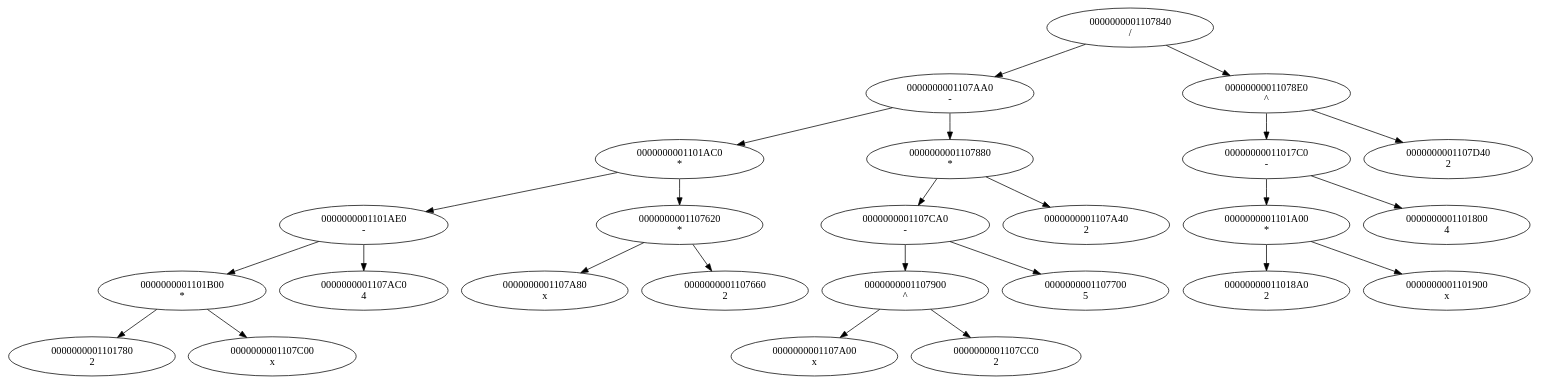
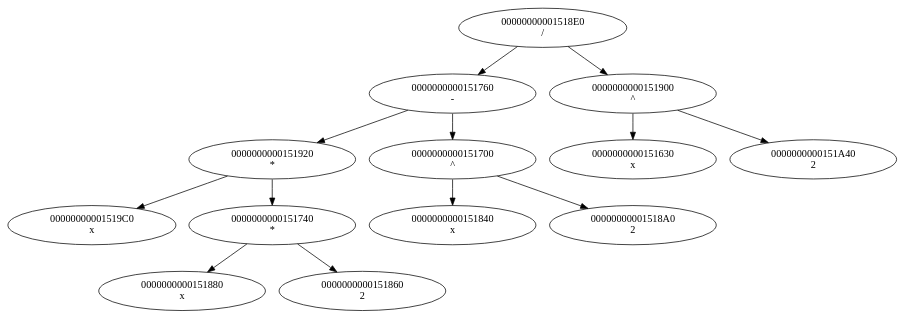
One commit to levasemin/Diff changed the diagram in database_files/simple_graph.dot. Above: the diagram before and after it, drawn with Graphviz. The commit also changed 22 other files, not shown here.

```diff
--- a/database_files/simple_graph.dot
+++ b/database_files/simple_graph.dot
@@ -1,100 +1,52 @@
 digraph G{
-"0000000001107840
-/"->"0000000001107AA0
+"00000000001518E0
+/"->"0000000000151760
 -";
-"0000000001107840
-/"->"00000000011078E0
+"00000000001518E0
+/"->"0000000000151900
 ^";
-"0000000001107AA0
--"->"0000000001101AC0
+"0000000000151760
+-"->"0000000000151920
 *";
-"0000000001107AA0
--"->"0000000001107880
+"0000000000151760
+-"->"0000000000151700
+^";
+"0000000000151920
+*"->"00000000001519C0
+x";
+"0000000000151920
+*"->"0000000000151740
 *";
-"0000000001101AC0
-*"->"0000000001101AE0
--";
-"0000000001101AC0
-*"->"0000000001107620
-*";
-"0000000001101AE0
--"->"0000000001101B00
-*";
-"0000000001101AE0
--"->"0000000001107AC0
-4";
-"0000000001101B00
-*"->"0000000001101780
+"00000000001519C0
+x";
+"0000000000151740
+*"->"0000000000151880
+x";
+"0000000000151740
+*"->"0000000000151860
 2";
-"0000000001101B00
-*"->"0000000001107C00
+"0000000000151880
 x";
-"0000000001101780
+"0000000000151860
 2";
-"0000000001107C00
+"0000000000151700
+^"->"0000000000151840
 x";
-"0000000001107AC0
-4";
-"0000000001107620
-*"->"0000000001107A80
+"0000000000151700
+^"->"00000000001518A0
+2";
+"0000000000151840
 x";
-"0000000001107620
-*"->"0000000001107660
+"00000000001518A0
 2";
-"0000000001107A80
+"0000000000151900
+^"->"0000000000151630
 x";
-"0000000001107660
+"0000000000151900
+^"->"0000000000151A40
 2";
-"0000000001107880
-*"->"0000000001107CA0
--";
-"0000000001107880
-*"->"0000000001107A40
-2";
-"0000000001107CA0
--"->"0000000001107900
-^";
-"0000000001107CA0
--"->"0000000001107700
-5";
-"0000000001107900
-^"->"0000000001107A00
+"0000000000151630
 x";
-"0000000001107900
-^"->"0000000001107CC0
-2";
-"0000000001107A00
-x";
-"0000000001107CC0
-2";
-"0000000001107700
-5";
-"0000000001107A40
-2";
-"00000000011078E0
-^"->"00000000011017C0
--";
-"00000000011078E0
-^"->"0000000001107D40
-2";
-"00000000011017C0
--"->"0000000001101A00
-*";
-"00000000011017C0
--"->"0000000001101800
-4";
-"0000000001101A00
-*"->"00000000011018A0
-2";
-"0000000001101A00
-*"->"0000000001101900
-x";
-"00000000011018A0
-2";
-"0000000001101900
-x";
-"0000000001101800
-4";
-"0000000001107D40
+"0000000000151A40
 2";
 }
```
